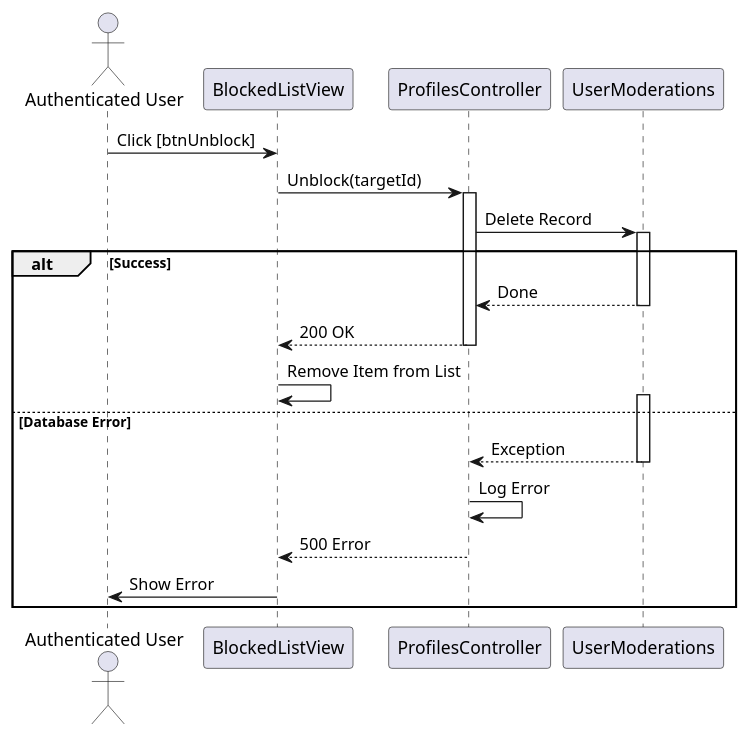
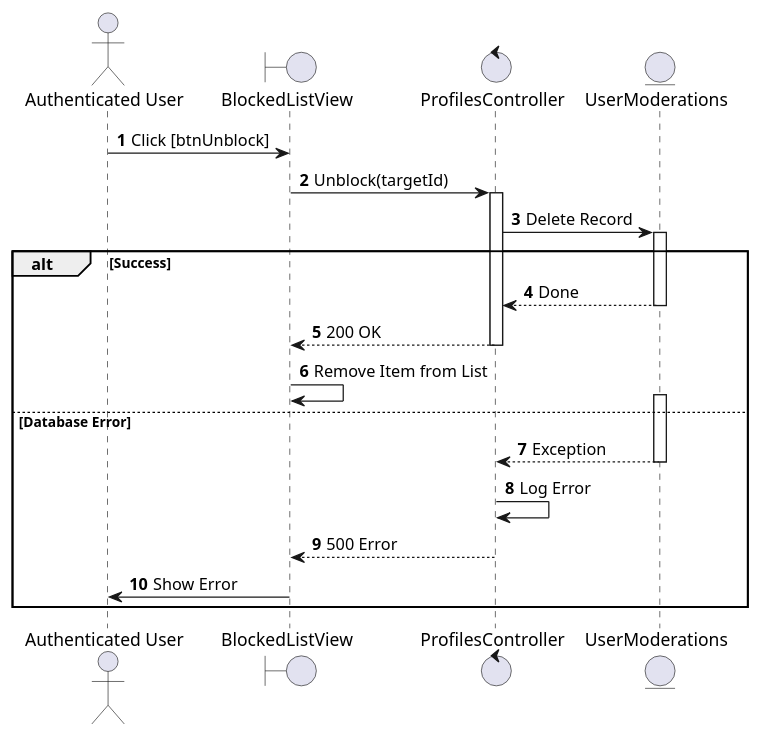
Before and after one commit to I-Love-U-3000/Favi-BE: diagram 12 of 14 in UC_2.1.6_Adjust_Friend.md, drawn with PlantUML. The commit also changed other lines of this file and 36 other files, not shown here.

````diff
--- a/UC_2.1.6_Adjust_Friend.md
+++ b/UC_2.1.6_Adjust_Friend.md
@@ -577,29 +509,30 @@
 ```plantuml
 @startuml
+autonumber
 actor "Authenticated User" as User
-participant "BlockedListView" as View
-participant "ProfilesController" as Controller
-participant "UserModerations" as DB
+boundary "BlockedListView" as View
+control "ProfilesController" as Controller
+entity "UserModerations" as DB
 
 User -> View: Click [btnUnblock]
 View -> Controller: Unblock(targetId)
 activate Controller
 Controller -> DB: Delete Record
 activate DB
 alt Success
     DB --> Controller: Done
     deactivate DB
     Controller --> View: 200 OK
     deactivate Controller
     View -> View: Remove Item from List
 else Database Error
     activate DB
     DB --> Controller: Exception
     deactivate DB
     Controller -> Controller: Log Error
     Controller --> View: 500 Error
     deactivate Controller
     View -> User: Show Error
 end
 @enduml
 ```
````
